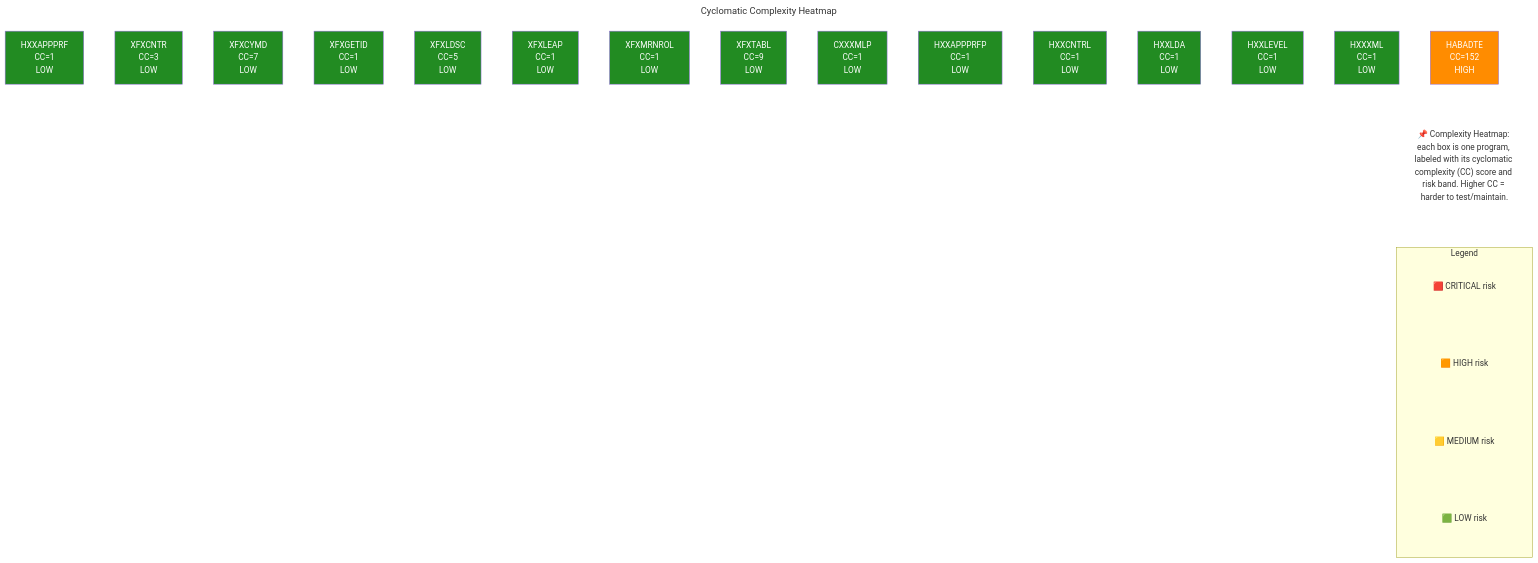
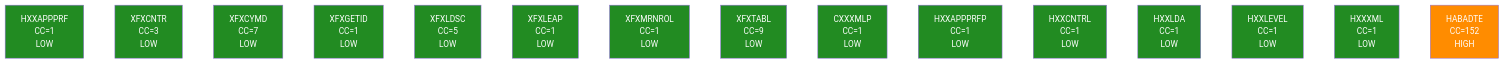
The diagram in runs/202607081435/docs/diagrams/COMPLEXITY_HEATMAP.mmd (gauravgarg284/AS400-ReverseEngineering), drawn with Mermaid before and after one commit. The commit also changed 26 other files, not shown here.

First line of the commit message:
Revert diagram/legend changes on existing run artifacts

```diff
--- a/runs/202607081435/docs/diagrams/COMPLEXITY_HEATMAP.mmd
+++ b/runs/202607081435/docs/diagrams/COMPLEXITY_HEATMAP.mmd
@@ -1,56 +1,33 @@
----
-title: Cyclomatic Complexity Heatmap
----
 %%{init: {"flowchart": {"nodeSpacing": 60, "rankSpacing": 70}}}%%
 %% Complexity Heatmap
-%% Programs grouped by cyclomatic-complexity risk band (CC = cyclomatic
-%% complexity score, from complexity_scores.json). Color = risk level.
 flowchart TD
     N0["HXXAPPPRF\nCC=1\nLOW"]
     N1["XFXCNTR\nCC=3\nLOW"]
     N2["XFXCYMD\nCC=7\nLOW"]
     N3["XFXGETID\nCC=1\nLOW"]
     N4["XFXLDSC\nCC=5\nLOW"]
     N5["XFXLEAP\nCC=1\nLOW"]
     N6["XFXMRNROL\nCC=1\nLOW"]
     N7["XFXTABL\nCC=9\nLOW"]
     N8["CXXXMLP\nCC=1\nLOW"]
     N9["HXXAPPPRFP\nCC=1\nLOW"]
     N10["HXXCNTRL\nCC=1\nLOW"]
     N11["HXXLDA\nCC=1\nLOW"]
     N12["HXXLEVEL\nCC=1\nLOW"]
     N13["HXXXML\nCC=1\nLOW"]
     N14["HABADTE\nCC=152\nHIGH"]
-    DESC["📌 Complexity Heatmap: each box is one program, labeled with its cyclomatic complexity (CC) score and risk band. Higher CC = harder to test/maintain."]
-    N14 ~~~ DESC
-    style DESC fill:transparent,stroke:none
-    subgraph Legend ["Legend"]
-        direction TB
-        LG_CRIT["🟥 CRITICAL risk"]
-        LG_HIGH["🟧 HIGH risk"]
-        LG_CRIT ~~~ LG_HIGH
-        LG_MED["🟨 MEDIUM risk"]
-        LG_HIGH ~~~ LG_MED
-        LG_LOW["🟩 LOW risk"]
-        LG_MED ~~~ LG_LOW
-    end
-    DESC ~~~ LG_CRIT
-    style LG_CRIT fill:transparent,stroke:none
-    style LG_HIGH fill:transparent,stroke:none
-    style LG_MED fill:transparent,stroke:none
-    style LG_LOW fill:transparent,stroke:none
     style N0 fill:#228b22,color:#fff
     style N1 fill:#228b22,color:#fff
     style N2 fill:#228b22,color:#fff
     style N3 fill:#228b22,color:#fff
     style N4 fill:#228b22,color:#fff
     style N5 fill:#228b22,color:#fff
     style N6 fill:#228b22,color:#fff
     style N7 fill:#228b22,color:#fff
     style N8 fill:#228b22,color:#fff
     style N9 fill:#228b22,color:#fff
     style N10 fill:#228b22,color:#fff
     style N11 fill:#228b22,color:#fff
     style N12 fill:#228b22,color:#fff
     style N13 fill:#228b22,color:#fff
     style N14 fill:#ff8c00,color:#fff
```
